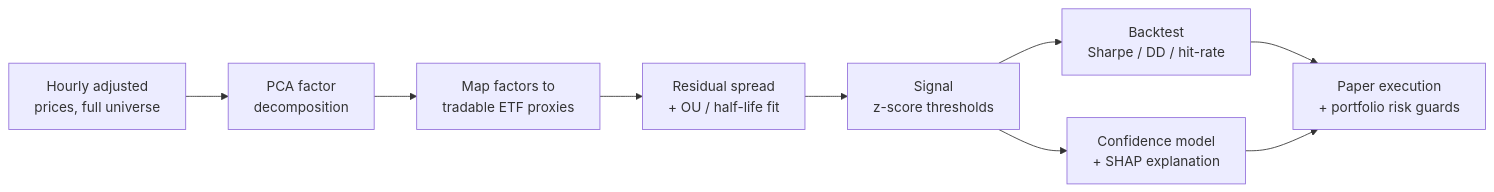
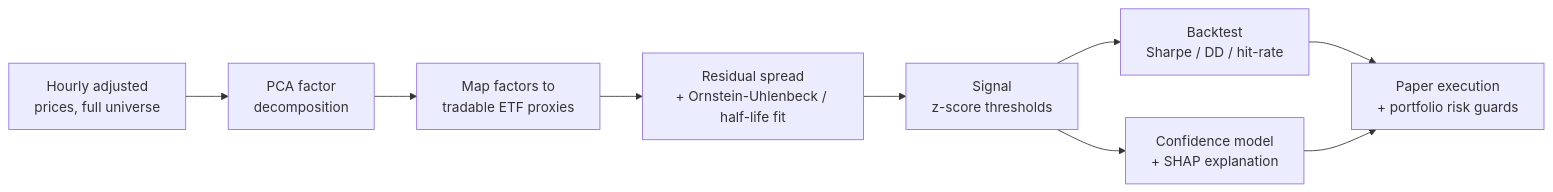
One commit to nishantnayar/factor-stat-arb changed the diagram in README.md. Above: the diagram before and after it, drawn with Mermaid. The commit also changed other lines of this file, not shown here.

````diff
--- a/README.md
+++ b/README.md
@@ -56,11 +90,11 @@
 ```mermaid
 flowchart LR
     A[Hourly adjusted<br/>prices, full universe] --> B[PCA factor<br/>decomposition]
     B --> C[Map factors to<br/>tradable ETF proxies]
-    C --> D[Residual spread<br/>+ OU / half-life fit]
+    C --> D[Residual spread<br/>+ Ornstein-Uhlenbeck / half-life fit]
     D --> E[Signal<br/>z-score thresholds]
     E --> F[Backtest<br/>Sharpe / DD / hit-rate]
     E --> G[Confidence model<br/>+ SHAP explanation]
     F --> H[Paper execution<br/>+ portfolio risk guards]
     G --> H
 ```
````
